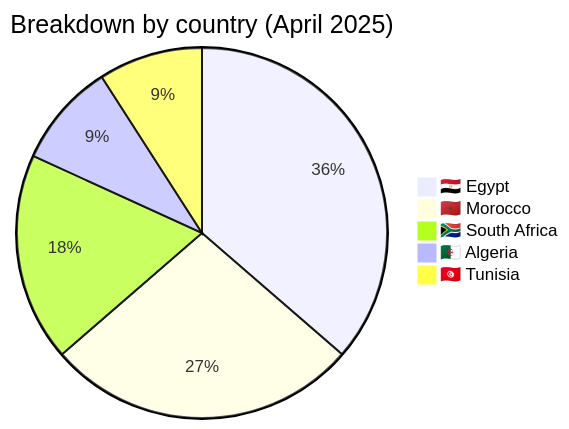
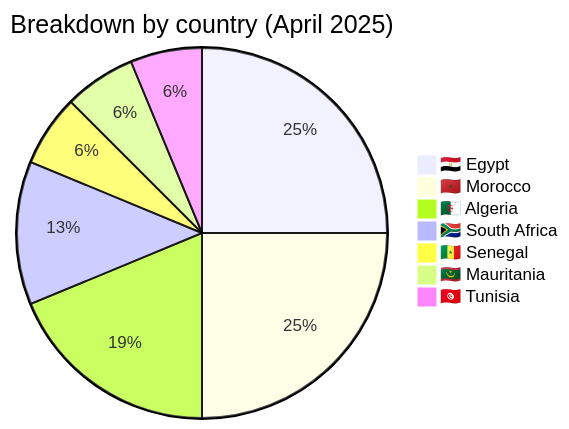
One commit to Hatchepsoute/AFRINTEL changed the third of 5 diagrams in CyberAttackAfrica/2025/04-april/README.md. Above: the diagram before and after it, drawn with Mermaid. The commit also changed other lines of this file and 255 other files, not shown here.

````diff
--- a/CyberAttackAfrica/2025/04-april/README.md
+++ b/CyberAttackAfrica/2025/04-april/README.md
@@ -81,8 +93,10 @@
 ```mermaid
 pie title Breakdown by country (April 2025)
     "🇪🇬 Egypt" : 4
-    "🇲🇦 Morocco" : 3
+    "🇲🇦 Morocco" : 4
+    "🇩🇿 Algeria" : 3
     "🇿🇦 South Africa" : 2
-    "🇩🇿 Algeria" : 1
+    "🇸🇳 Senegal" : 1
+    "🇲🇷 Mauritania" : 1
     "🇹🇳 Tunisia" : 1
 ```
````
